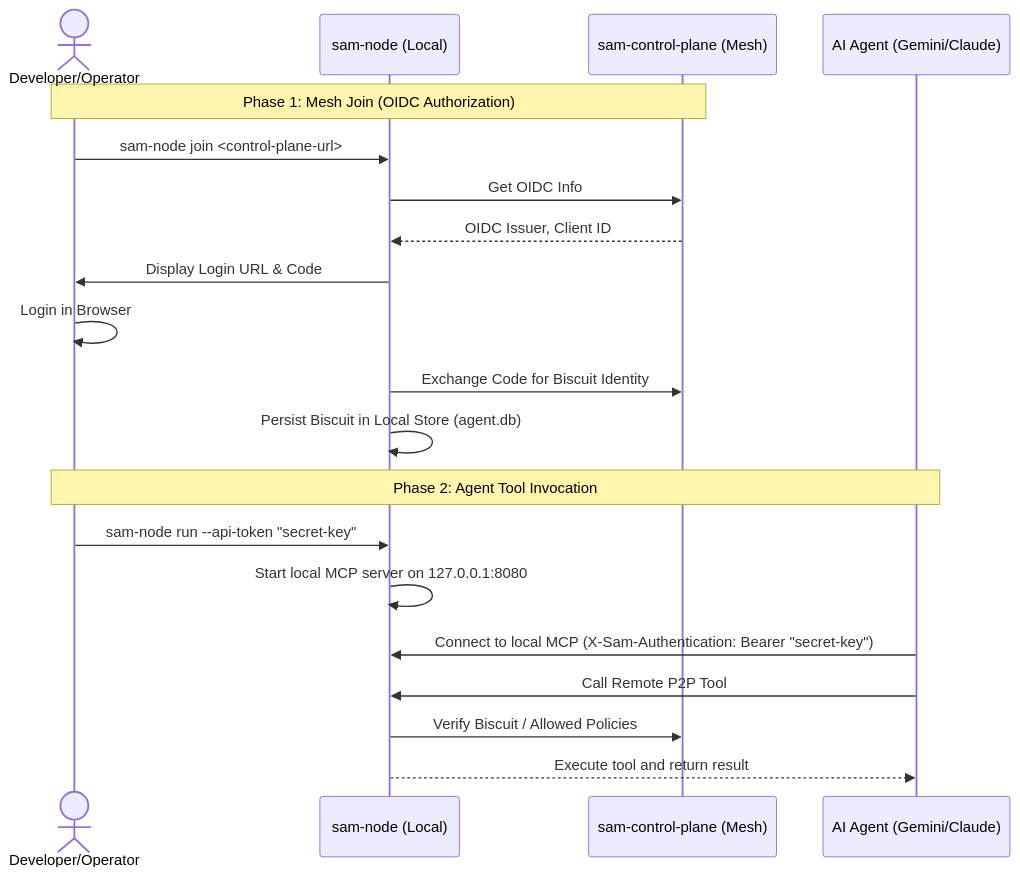
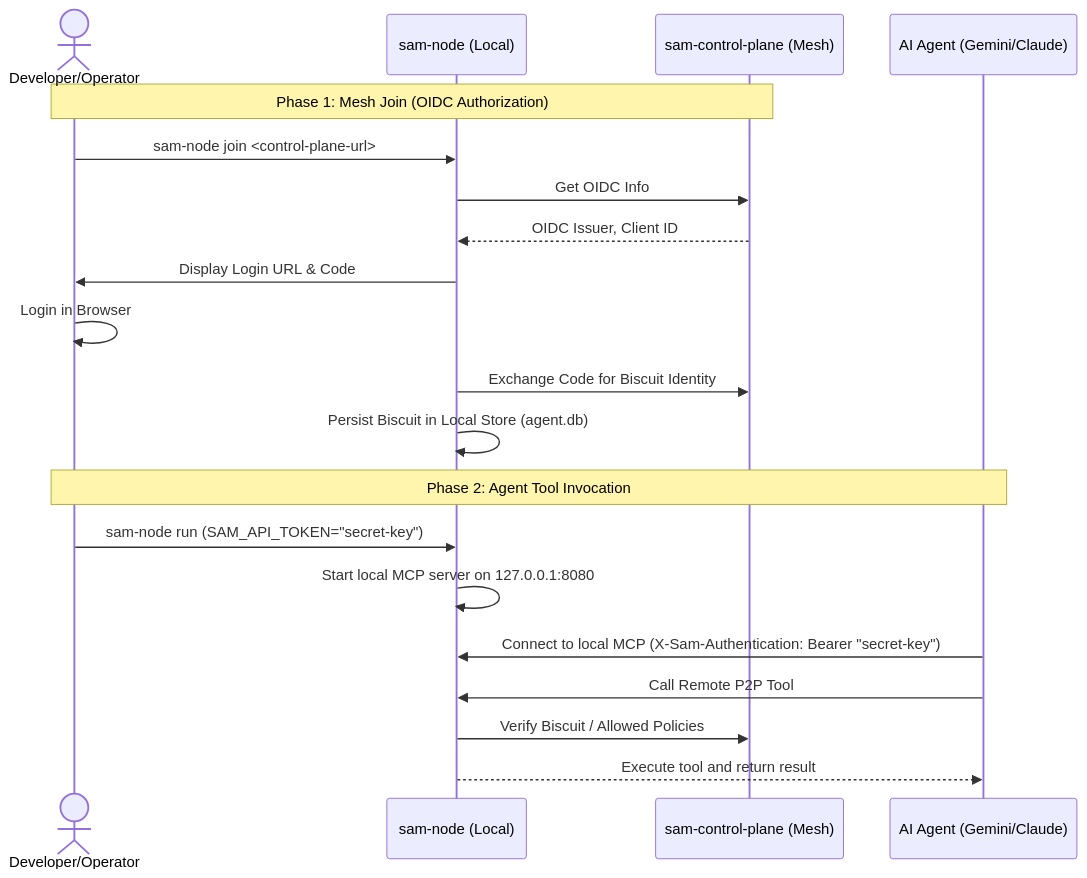
Before and after one commit to HosniBelfeki/sam: the diagram in site/content/docs/user/agent-usage.md, drawn with Mermaid. The commit also changed other lines of this file and 53 other files, not shown here.

````diff
--- a/site/content/docs/user/agent-usage.md
+++ b/site/content/docs/user/agent-usage.md
@@ -14,24 +14,24 @@
 ```mermaid
 sequenceDiagram
     actor User as Developer/Operator
     participant Node as sam-node (Local)
     participant ControlPlane as sam-control-plane (Mesh)
     participant Agent as AI Agent (Gemini/Claude)
     
     Note over User,ControlPlane: Phase 1: Mesh Join (OIDC Authorization)
     User->>Node: sam-node join <control-plane-url>
     Node->>ControlPlane: Get OIDC Info
     ControlPlane-->>Node: OIDC Issuer, Client ID
     Node->>User: Display Login URL & Code
     User->>User: Login in Browser
     Node->>ControlPlane: Exchange Code for Biscuit Identity
     Node->>Node: Persist Biscuit in Local Store (agent.db)
 
     Note over User,Agent: Phase 2: Agent Tool Invocation
-    User->>Node: sam-node run --api-token "secret-key"
+    User->>Node: sam-node run (SAM_API_TOKEN="secret-key")
     Node->>Node: Start local MCP server on 127.0.0.1:8080
     Agent->>Node: Connect to local MCP (X-Sam-Authentication: Bearer "secret-key")
     Agent->>Node: Call Remote P2P Tool
     Node->>ControlPlane: Verify Biscuit / Allowed Policies
     Node-->>Agent: Execute tool and return result
 ```
````
